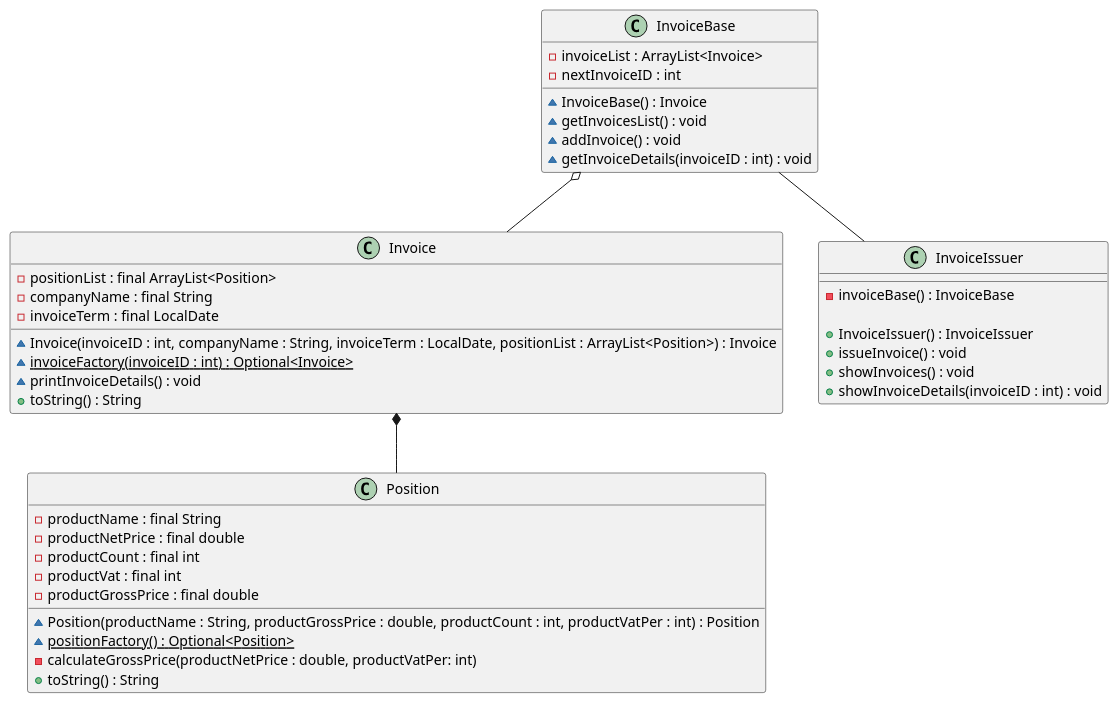
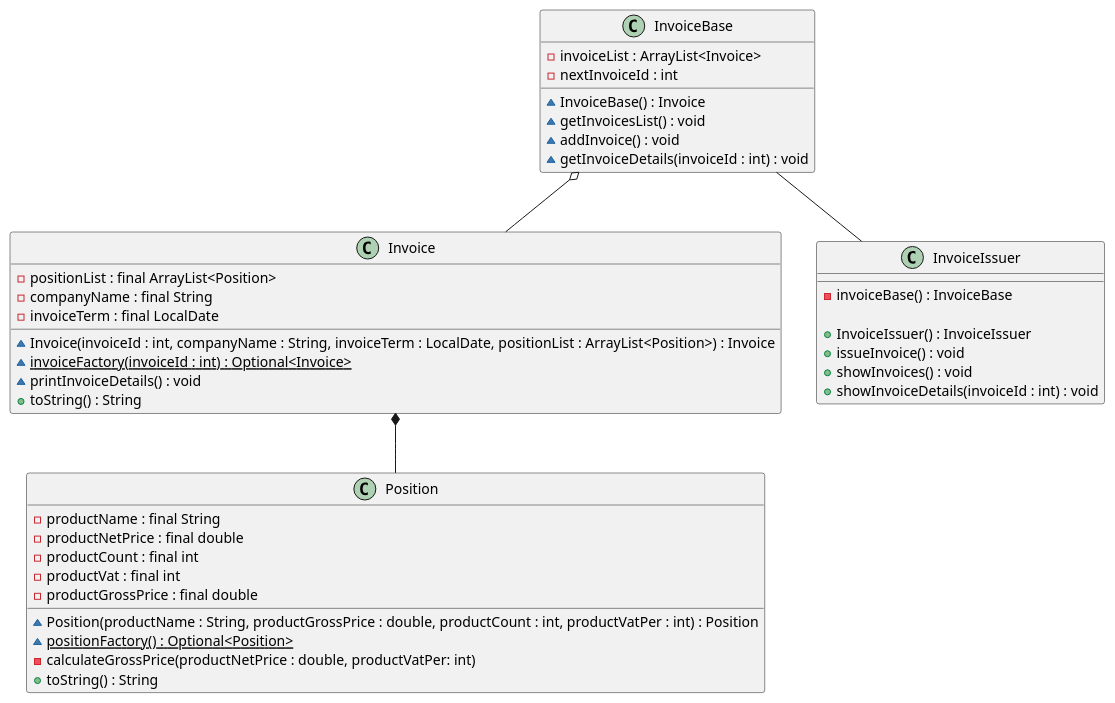
The diagram in docs/class.puml (szlachtun/tp-lista-2), drawn with PlantUML before and after one commit. The commit also changed 10 other files, not shown here.

```diff
--- a/docs/class.puml
+++ b/docs/class.puml
@@ -1,48 +1,48 @@
 @startuml
 class InvoiceBase {
     -invoiceList : ArrayList<Invoice>
-    -nextInvoiceID : int
+    -nextInvoiceId : int
 
     ~InvoiceBase() : Invoice
     ~getInvoicesList() : void
     ~addInvoice() : void
-    ~getInvoiceDetails(invoiceID : int) : void
+    ~getInvoiceDetails(invoiceId : int) : void
 }
 
 class Invoice {
     -positionList : final ArrayList<Position>
     -companyName : final String
     -invoiceTerm : final LocalDate
 
-    ~Invoice(invoiceID : int, companyName : String, invoiceTerm : LocalDate, positionList : ArrayList<Position>) : Invoice
-    ~{static}invoiceFactory(invoiceID : int) : Optional<Invoice>
+    ~Invoice(invoiceId : int, companyName : String, invoiceTerm : LocalDate, positionList : ArrayList<Position>) : Invoice
+    ~{static}invoiceFactory(invoiceId : int) : Optional<Invoice>
     ~printInvoiceDetails() : void
     +toString() : String
 }
 
 class Position {
     -productName : final String
     -productNetPrice : final double
     -productCount : final int
     -productVat : final int
     -productGrossPrice : final double
 
     ~Position(productName : String, productGrossPrice : double, productCount : int, productVatPer : int) : Position
     ~{static}positionFactory() : Optional<Position>
     -calculateGrossPrice(productNetPrice : double, productVatPer: int)
     +toString() : String
 }
 
 class InvoiceIssuer {
     -invoiceBase() : InvoiceBase
 
     +InvoiceIssuer() : InvoiceIssuer
     +issueInvoice() : void
     +showInvoices() : void
-    +showInvoiceDetails(invoiceID : int) : void
+    +showInvoiceDetails(invoiceId : int) : void
 }
 
 InvoiceBase -- InvoiceIssuer
 InvoiceBase o-- Invoice
 Invoice *-- Position
 @enduml
```
